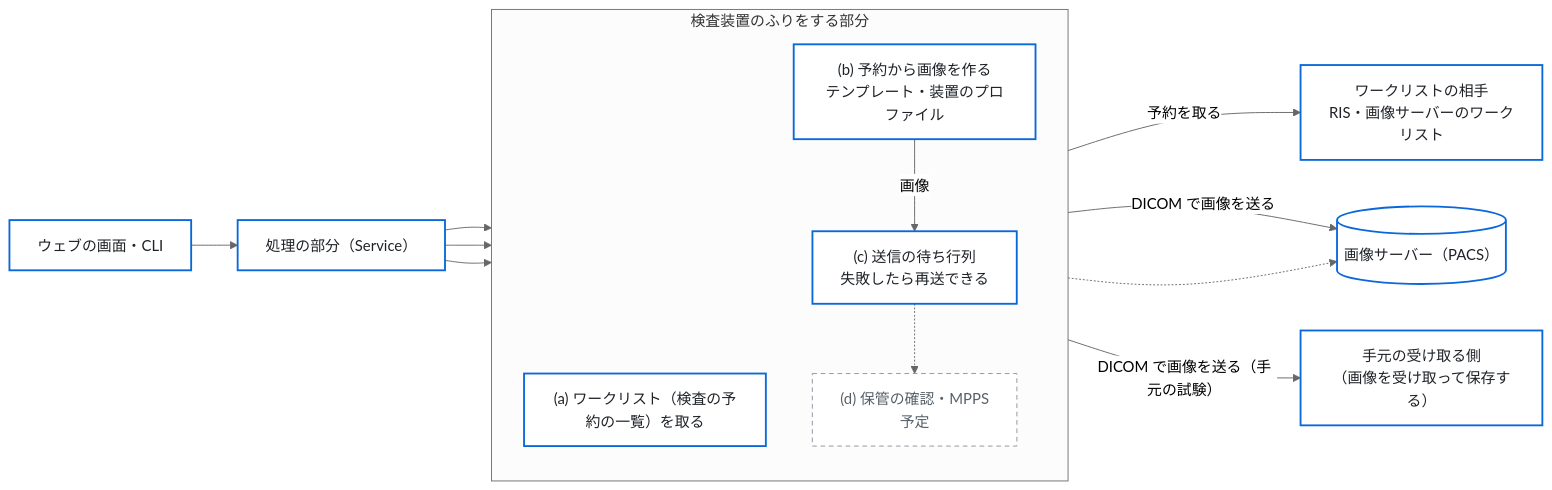
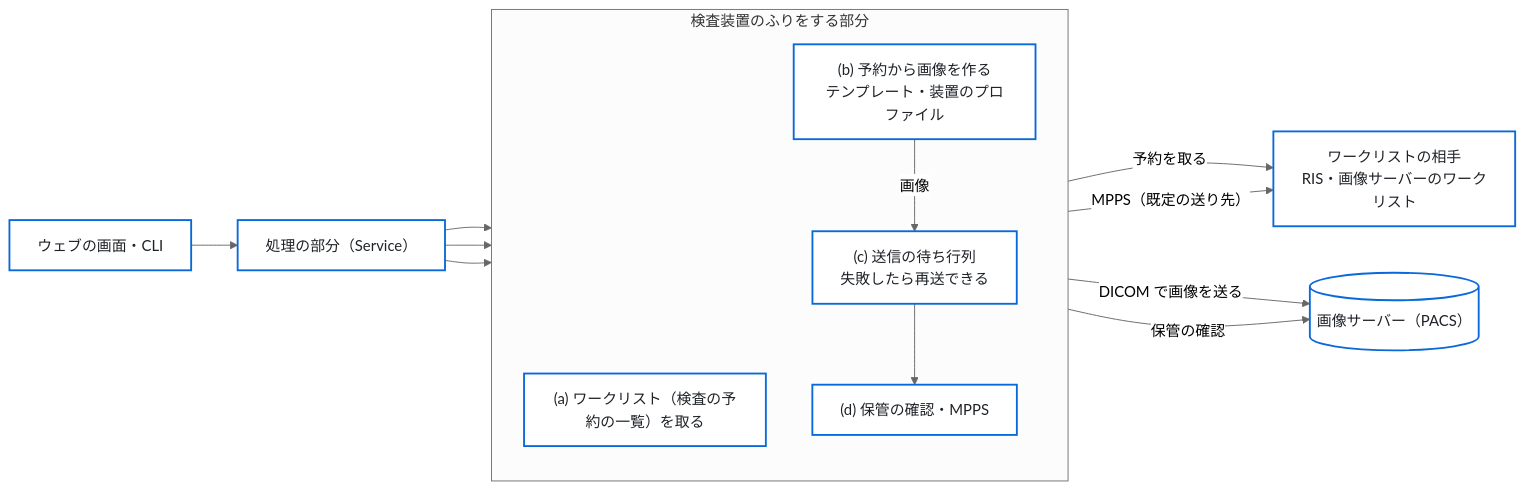
Before and after one commit to jeysunit/dicom-test-generator: the first of 2 diagrams in README.md, drawn with Mermaid (neutral theme). The commit also changed other lines of this file and 2 other files, not shown here.

````diff
--- a/README.md
+++ b/README.md
@@ -45,29 +46,27 @@
 ```mermaid
 flowchart LR
   classDef box fill:#ffffff,stroke:#0969da,stroke-width:2px,color:#1f2328
-  classDef plan fill:#ffffff,stroke:#8c959f,stroke-dasharray:5 4,color:#57606a
 
   UI["ウェブの画面・CLI"]:::box
   SVC["処理の部分（Service）"]:::box
   subgraph FLOW["検査装置のふりをする部分"]
     direction TB
     MWL["(a) ワークリスト（検査の予約の一覧）を取る"]:::box
     MAKE["(b) 予約から画像を作る<br/>テンプレート・装置のプロファイル"]:::box
     QUEUE["(c) 送信の待ち行列<br/>失敗したら再送できる"]:::box
-    COMMIT["(d) 保管の確認・MPPS<br/>予定"]:::plan
+    COMMIT["(d) 保管の確認・MPPS"]:::box
   end
   RIS["ワークリストの相手<br/>RIS・画像サーバーのワークリスト"]:::box
   PACS[("画像サーバー（PACS）")]:::box
-  SCP["手元の受け取る側<br/>（画像を受け取って保存する）"]:::box
 
   UI --> SVC
   SVC --> MWL
   SVC --> MAKE
   SVC --> QUEUE
   MWL -->|"予約を取る"| RIS
   MAKE -->|"画像"| QUEUE
   QUEUE -->|"DICOM で画像を送る"| PACS
-  QUEUE -->|"DICOM で画像を送る（手元の試験）"| SCP
-  QUEUE -.-> COMMIT
-  COMMIT -.-> PACS
+  QUEUE --> COMMIT
+  COMMIT -->|"保管の確認"| PACS
+  COMMIT -->|"MPPS（既定の送り先）"| RIS
 ```
````
